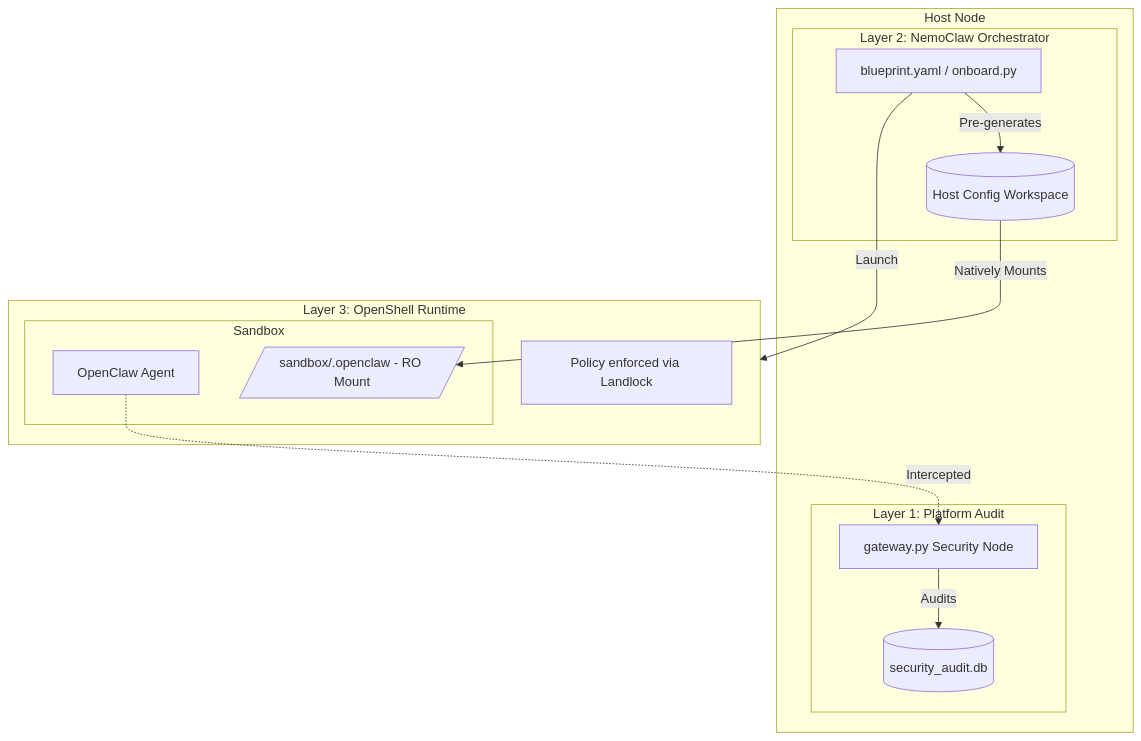
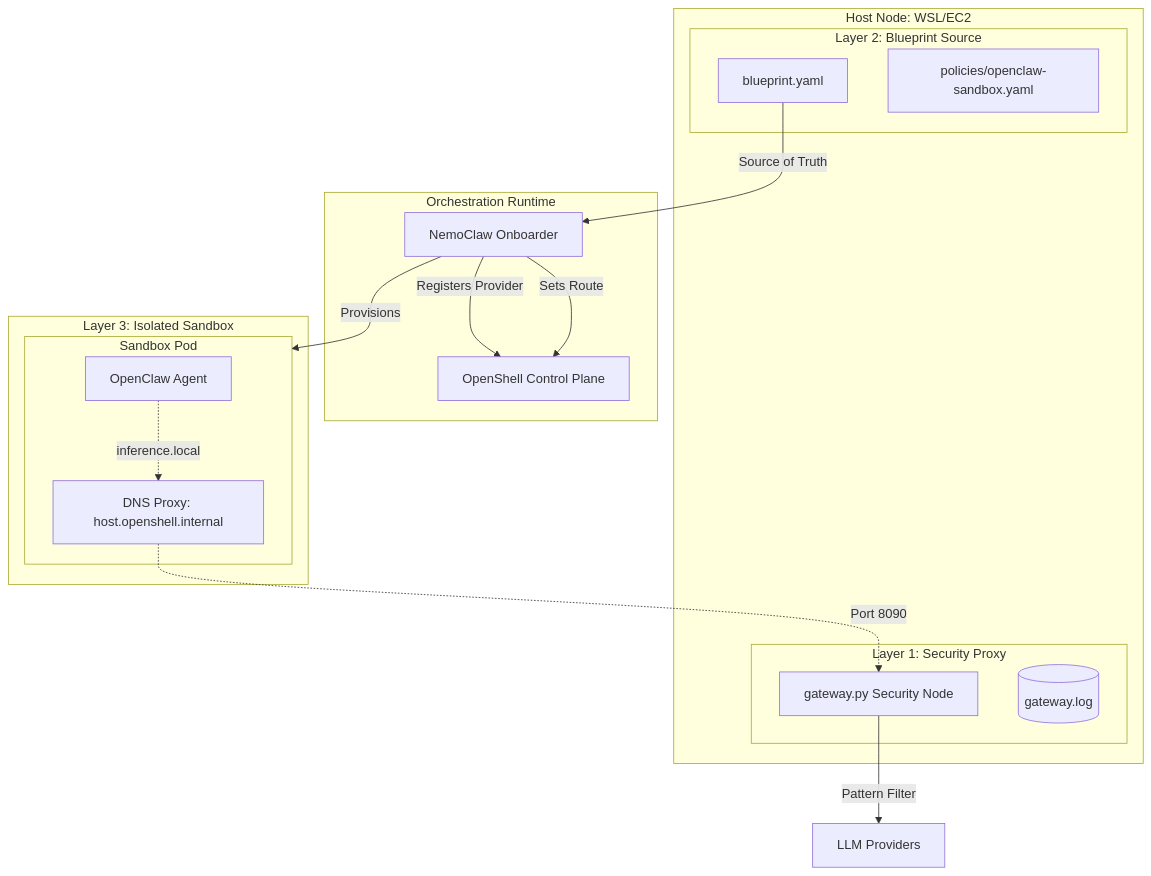
One commit to bforecast/openclaw-guard changed the second of 2 diagrams in implementation_plan.md. Above: the diagram before and after it, drawn with Mermaid. The commit also changed other lines of this file and 5 other files, not shown here.

Commit message:
feat(deploy): implement 100% blueprint-driven installation with auto-installers for WSL and EC2

````diff
--- a/implementation_plan.md
+++ b/implementation_plan.md
@@ -70,27 +60,34 @@
 ```mermaid
 flowchart TD
-    subgraph Host [Host Node]
-        subgraph Layer1 [Layer 1: Platform Audit]
+    subgraph Host [Host Node: WSL/EC2]
+        subgraph Layer1 [Layer 1: Security Proxy]
             Gate[gateway.py Security Node]
-            AuditDB[(security_audit.db)]
+            AuditLog[(gateway.log)]
         end
-        subgraph Layer2 [Layer 2: NemoClaw Orchestrator]
-            BP[blueprint.yaml / onboard.py]
-            W_Space[(Host Config Workspace)]
+        subgraph Layer2 [Layer 2: Blueprint Source]
+            BP[blueprint.yaml]
+            PolicyBP[policies/openclaw-sandbox.yaml]
         end
     end
 
-    subgraph Layer3 [Layer 3: OpenShell Runtime]
-        Policy[Policy enforced via Landlock]
-        subgraph SB [Sandbox]
+    subgraph Runtime [Orchestration Runtime]
+        Nemo[NemoClaw Onboarder]
+        OShell[OpenShell Control Plane]
+    end
+
+    subgraph Layer3 [Layer 3: Isolated Sandbox]
+        subgraph SB [Sandbox Pod]
             OC[OpenClaw Agent]
-            MNT[/sandbox/.openclaw - RO Mount/]
+            DNS[DNS Proxy: host.openshell.internal]
         end
     end
 
-    BP -->|Pre-generates| W_Space
-    BP -->|Launch| Layer3
-    W_Space -->|Natively Mounts| MNT
-    OC -.->|Intercepted| Gate
-    Gate -->|Audits| AuditDB
+    BP -->|Source of Truth| Nemo
+    Nemo -->|Registers Provider| OShell
+    Nemo -->|Sets Route| OShell
+    Nemo -->|Provisions| SB
+    
+    OC -.->|inference.local| DNS
+    DNS -.->|Port 8090| Gate
+    Gate -->|Pattern Filter| External[LLM Providers]
 ```
````
